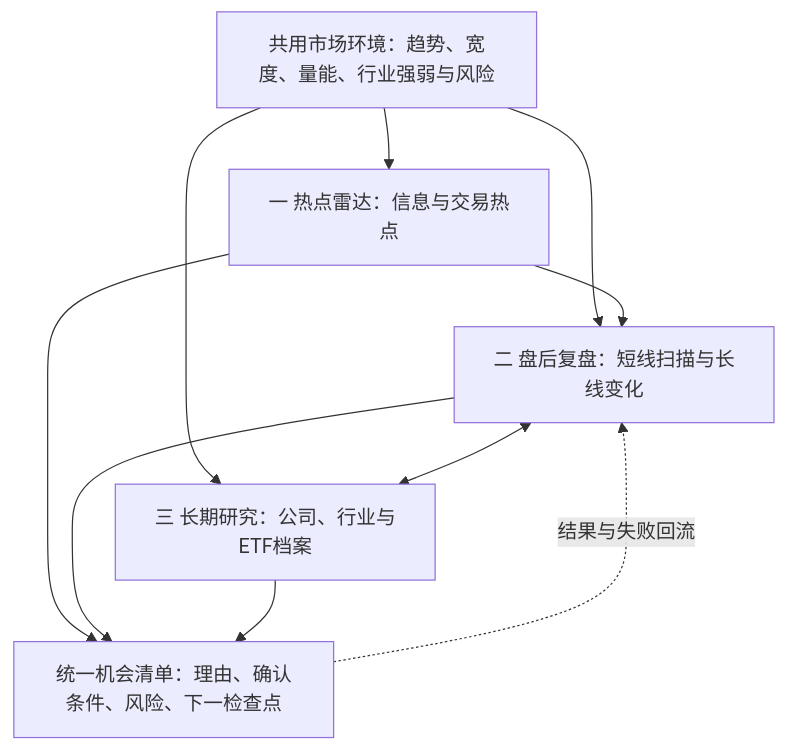
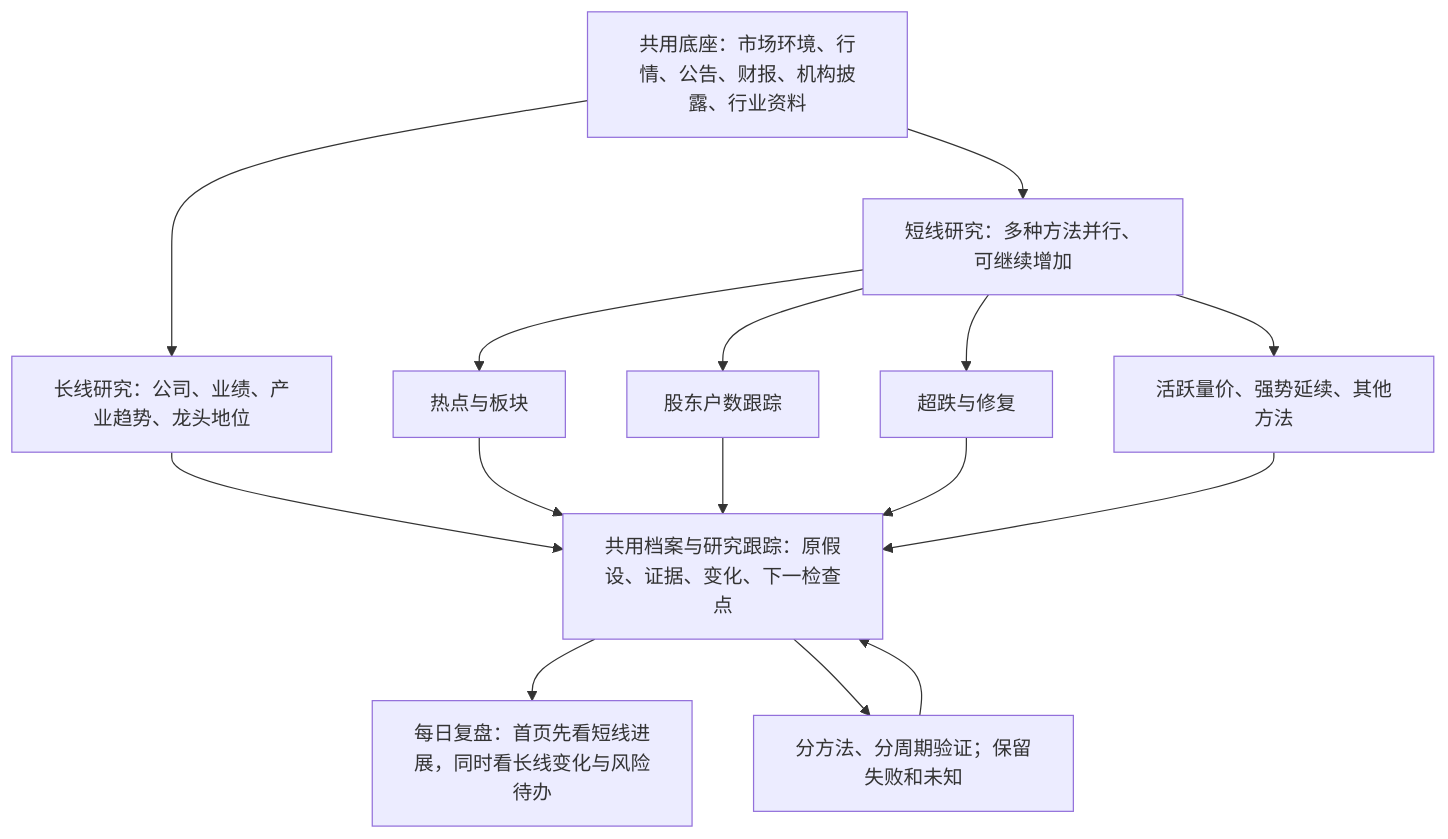
One commit to cache66/daily_stock_analysis changed the diagram in docs/个人策略文档/个人投研工作台重构方案.md. Above: the diagram before and after it, drawn with Mermaid. The commit also changed other lines of this file and 10 other files, not shown here.

````diff
--- a/docs/个人策略文档/个人投研工作台重构方案.md
+++ b/docs/个人策略文档/个人投研工作台重构方案.md
@@ -14,12 +18,17 @@
 ```mermaid
 flowchart TD
-    M[共用市场环境：趋势、宽度、量能、行业强弱与风险] --> A[一 热点雷达：信息与交易热点]
-    M --> B[二 盘后复盘：短线扫描与长线变化]
-    M --> C[三 长期研究：公司、行业与ETF档案]
-    A --> B
-    B <--> C
-    A --> O[统一机会清单：理由、确认条件、风险、下一检查点]
-    B --> O
-    C --> O
-    O -.结果与失败回流.-> B
+    D[共用底座：市场环境、行情、公告、财报、机构披露、行业资料] --> L[长线研究：公司、业绩、产业趋势、龙头地位]
+    D --> S[短线研究：多种方法并行、可继续增加]
+    S --> S1[热点与板块]
+    S --> S2[股东户数跟踪]
+    S --> S3[超跌与修复]
+    S --> S4[活跃量价、强势延续、其他方法]
+    L --> T[共用档案与研究跟踪：原假设、证据、变化、下一检查点]
+    S1 --> T
+    S2 --> T
+    S3 --> T
+    S4 --> T
+    T --> H[每日复盘：首页先看短线进展，同时看长线变化与风险待办]
+    T --> V[分方法、分周期验证；保留失败和未知]
+    V --> T
 ```
````
